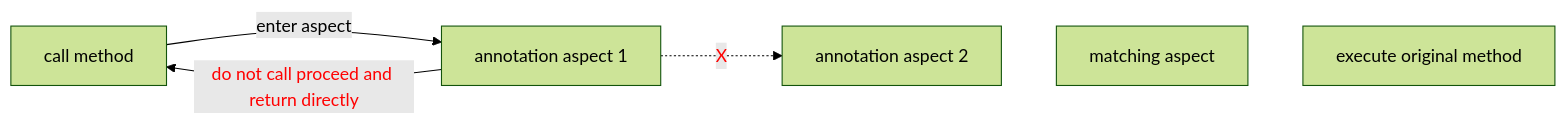
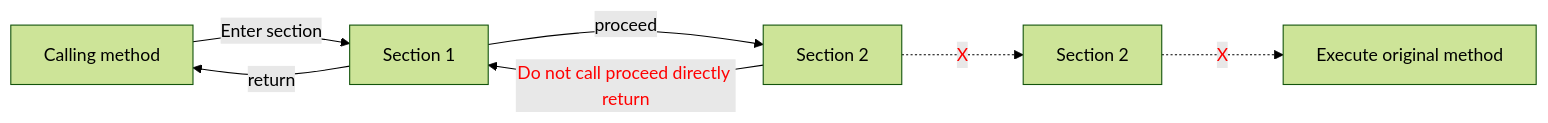
Before and after one commit to FlyJingFish/AndroidAOP: the third of 3 diagrams in docs/ProceedJoinPoint.md, drawn with Mermaid (forest theme). The commit also changed 1 other file, not shown here.

Commit message:
1、修改文档

````diff
--- a/docs/ProceedJoinPoint.md
+++ b/docs/ProceedJoinPoint.md
@@ -57,8 +57,9 @@
 ``` mermaid
 graph LR
-Call[call method] --> |enter aspect| A[annotation aspect 1];
-A -..-> |<span style='color:red'>X</span>| B[annotation aspect 2];
-B ~~~ C[matching aspect];
-C ~~~ From[execute original method];
-A --> |<span style='color:red'>do not call proceed and return directly</span>| Call;
+Call[Calling method] --> |Enter section| A[Section 1];
+A --> |proceed| B[Section 2];
+B -..-> |<span style='color:red'>X</span>| C[Section 2];
+C -..-> |<span style='color:red'>X</span>| From[Execute original method];
+B --> |<span style='color:red'>Do not call proceed directly return</span>| A;
+A --> |return| Call;
 ```
````
